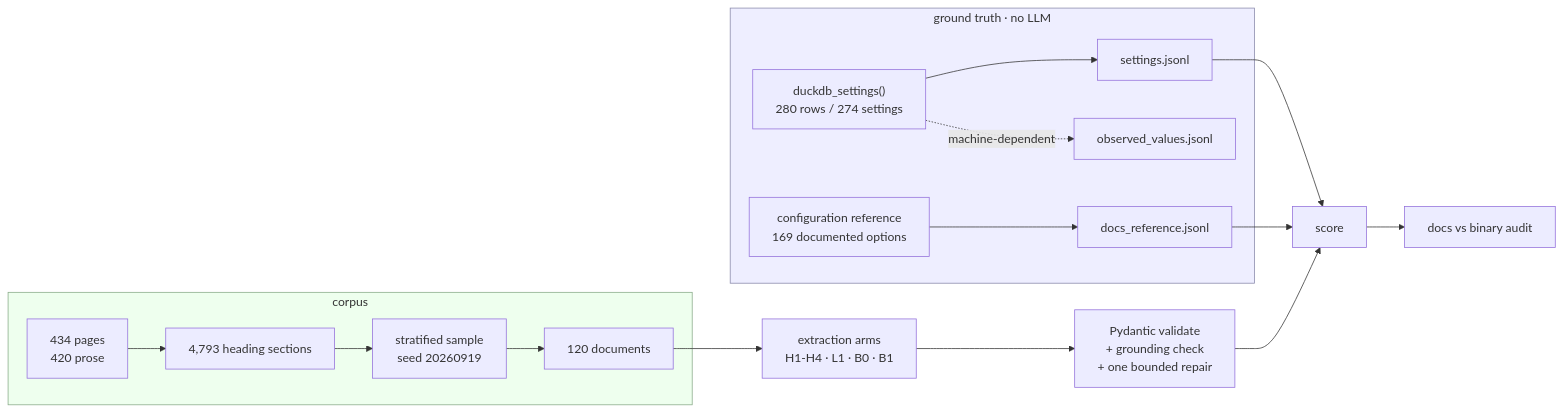
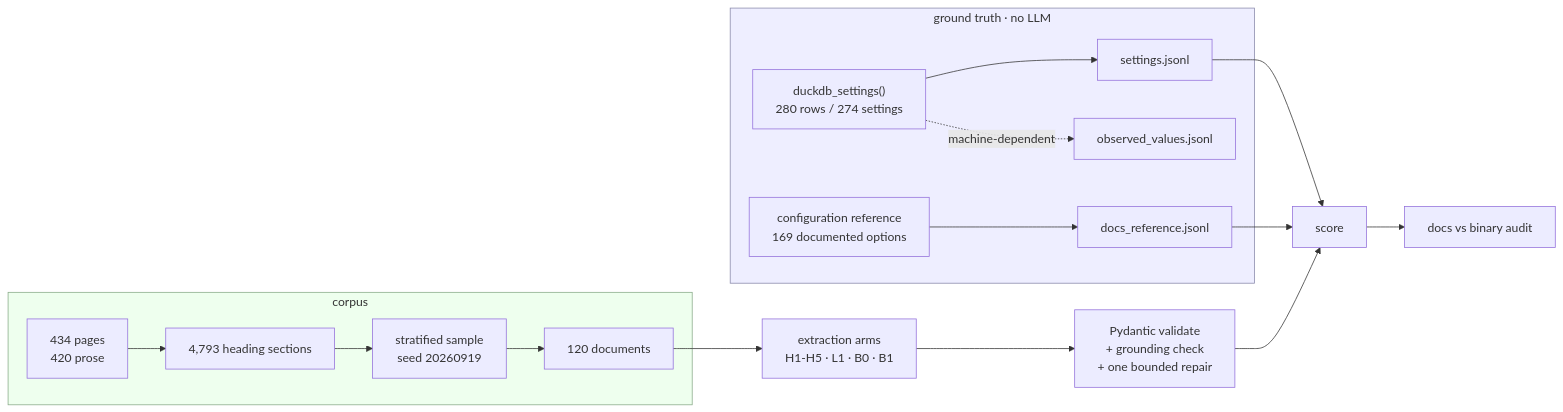
Before and after one commit to Prithv122/structured-extract: the diagram in README.md, drawn with Mermaid. The commit also changed other lines of this file and 4 other files, not shown here.

First line of the commit message:
feat(arms): drop Sonnet for DeepSeek V4 Pro, add a fifth arm

````diff
--- a/README.md
+++ b/README.md
@@ -57,22 +57,22 @@
 ```mermaid
 flowchart LR
     subgraph truth["ground truth · no LLM"]
         BIN["duckdb_settings()<br/>280 rows / 274 settings"] --> OR["settings.jsonl"]
         REF["configuration reference<br/>169 documented options"] --> DR["docs_reference.jsonl"]
         BIN -.machine-dependent.-> OV["observed_values.jsonl"]
     end
     subgraph corpus["corpus"]
         DOCS["434 pages<br/>420 prose"] --> SEC["4,793 heading sections"]
         SEC --> SAMP["stratified sample<br/>seed 20260919"]
         SAMP --> CD["120 documents"]
     end
-    CD --> ARM["extraction arms<br/>H1-H4 · L1 · B0 · B1"]
+    CD --> ARM["extraction arms<br/>H1-H5 · L1 · B0 · B1"]
     ARM --> VAL["Pydantic validate<br/>+ grounding check<br/>+ one bounded repair"]
     VAL --> SCORE["score"]
     OR --> SCORE
     DR --> SCORE
     SCORE --> AUDIT["docs vs binary audit"]
 
     style truth fill:#eef,stroke:#88a
     style corpus fill:#efe,stroke:#8a8
 ```
````
